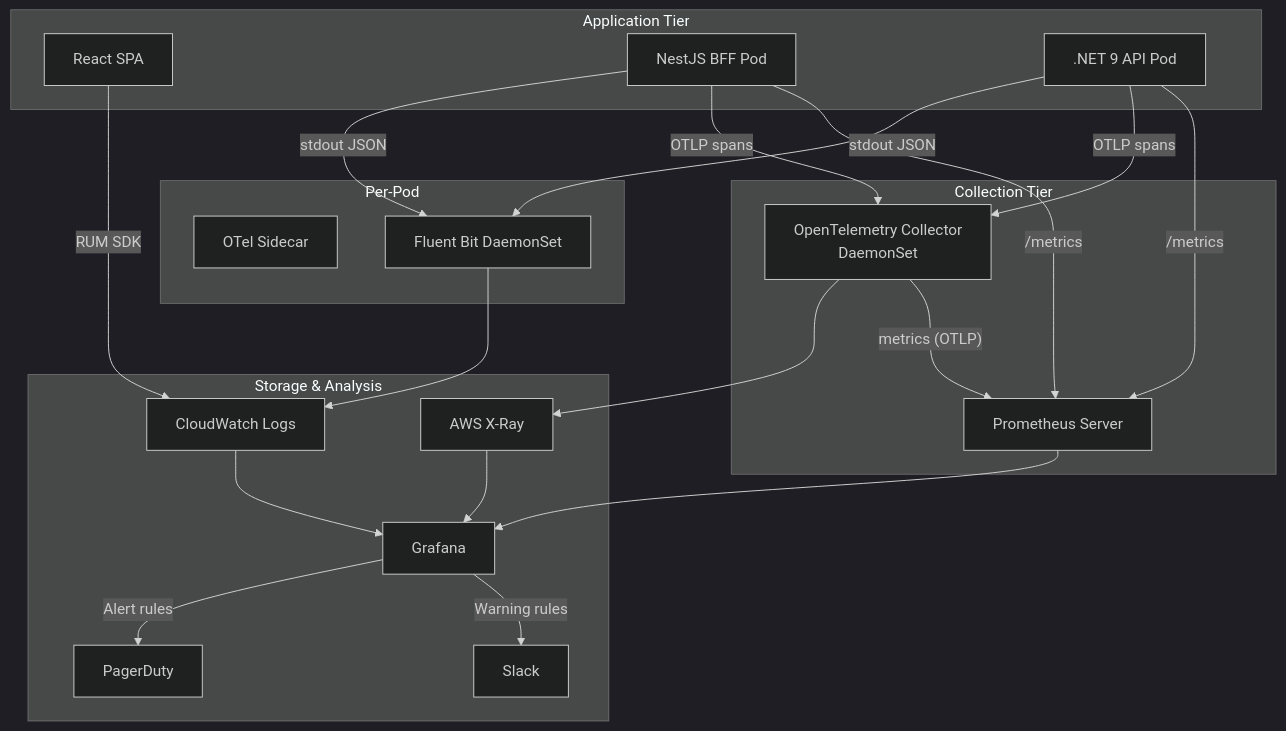
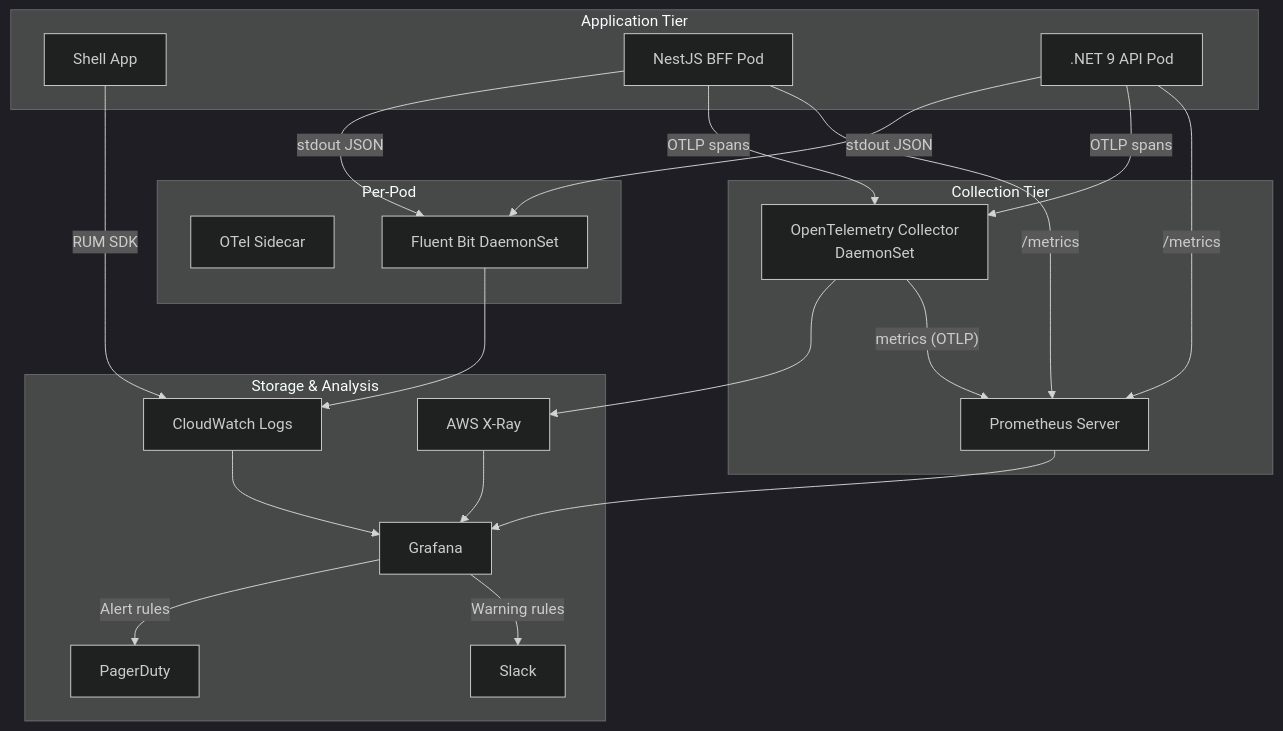
Diagram 15 of 24 in docs/superpowers/specs/2026-04-17-employee-budget-allocation-design.md (sukhesh035/employee_budget_allocation), drawn with Mermaid (dark theme) before and after one commit. The commit also changed other lines of this file and 7 other files, not shown here.

First line of the commit message:
Restructure to micro frontend architecture with Module Federation

````diff
--- a/docs/superpowers/specs/2026-04-17-employee-budget-allocation-design.md
+++ b/docs/superpowers/specs/2026-04-17-employee-budget-allocation-design.md
@@ -1492,46 +1532,46 @@
 ```mermaid
 flowchart TB
     subgraph Application["Application Tier"]
-        SPA[React SPA]
+        SPA[Shell App]
         BFF[NestJS BFF Pod]
         API[.NET 9 API Pod]
     end
 
     subgraph Sidecars["Per-Pod"]
         OTEL[OTel Sidecar]
         FB[Fluent Bit DaemonSet]
     end
 
     subgraph Collection["Collection Tier"]
         OTELC[OpenTelemetry Collector<br/>DaemonSet]
         PROM[Prometheus Server]
     end
 
     subgraph Storage["Storage & Analysis"]
         CW[CloudWatch Logs]
         XRAY[AWS X-Ray]
         GRAF[Grafana]
         PD[PagerDuty]
         SLACK[Slack]
     end
 
     SPA -->|"RUM SDK"| CW
     BFF -->|stdout JSON| FB
     API -->|stdout JSON| FB
     FB --> CW
 
     BFF -->|OTLP spans| OTELC
     API -->|OTLP spans| OTELC
     OTELC --> XRAY
     OTELC -->|"metrics (OTLP)"| PROM
 
     BFF -->|"/metrics"| PROM
     API -->|"/metrics"| PROM
 
     PROM --> GRAF
     CW --> GRAF
     XRAY --> GRAF
 
     GRAF -->|"Alert rules"| PD
     GRAF -->|"Warning rules"| SLACK
 ```
````
